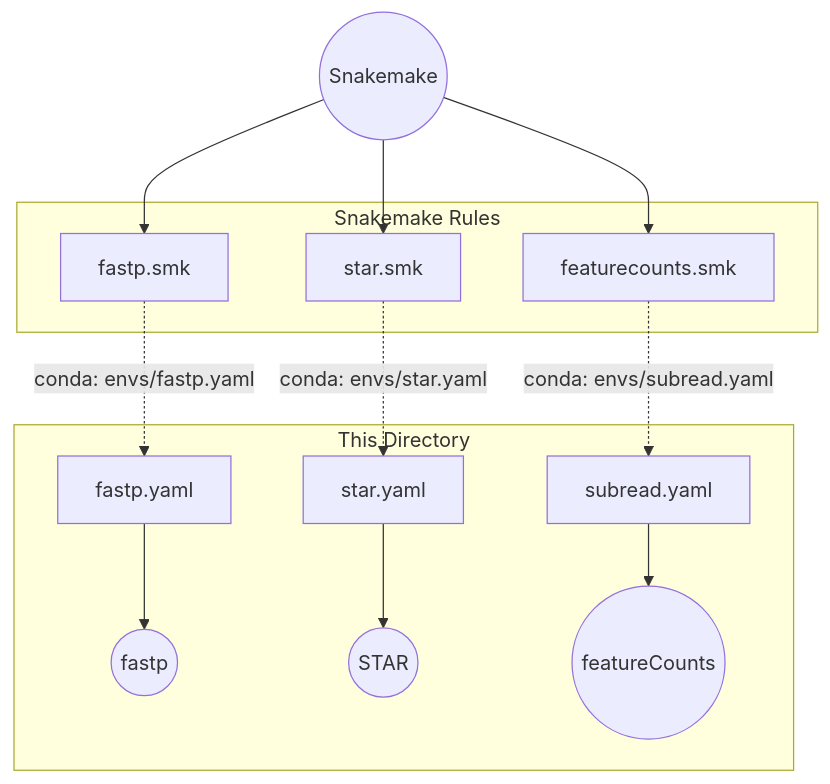
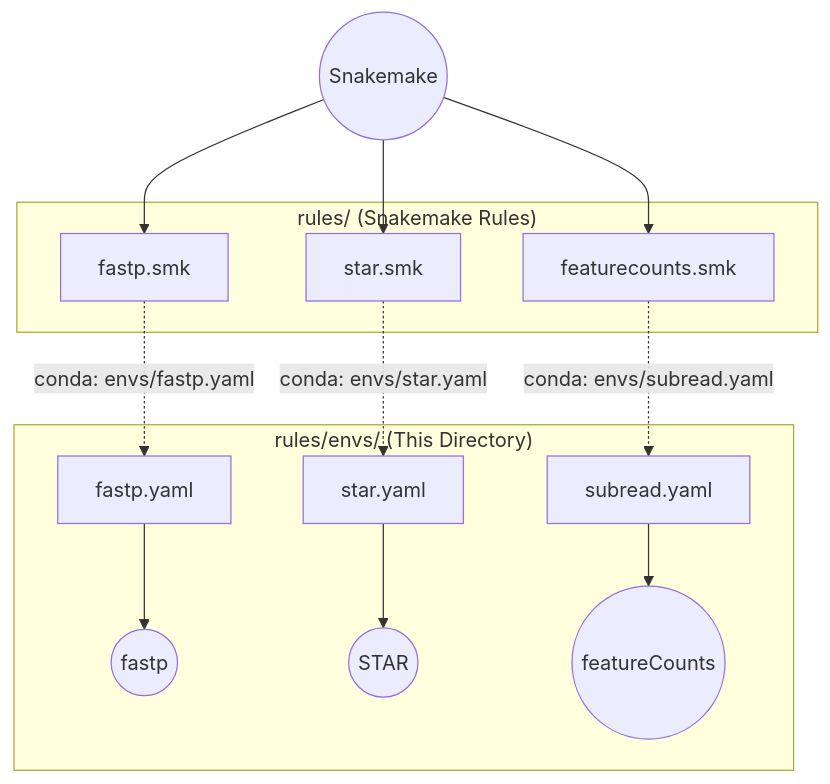
One commit to BDB-Genomics/bdb-rnaseq changed the diagram in rules/envs/README.md. Above: the diagram before and after it, drawn with Mermaid. The commit also changed other lines of this file and 14 other files, not shown here.

Commit message:
docs: thoroughly revise all pipeline READMEs, add architecture diagrams, and implement native DESeq2 VST

````diff
--- a/rules/envs/README.md
+++ b/rules/envs/README.md
@@ -9,18 +9,18 @@
 ```mermaid
 graph TD
-    subgraph rules/envs/ [This Directory]
+    subgraph env_dir ["rules/envs/ (This Directory)"]
         A[fastp.yaml] --> B((fastp))
         C[star.yaml] --> D((STAR))
         E[subread.yaml] --> F((featureCounts))
     end
     
-    subgraph rules/ [Snakemake Rules]
+    subgraph rules_dir ["rules/ (Snakemake Rules)"]
         G[fastp.smk] -.->|conda: envs/fastp.yaml| A
         H[star.smk] -.->|conda: envs/star.yaml| C
         I[featurecounts.smk] -.->|conda: envs/subread.yaml| E
     end
     
     J((Snakemake)) --> G
     J --> H
     J --> I
 ```
````
